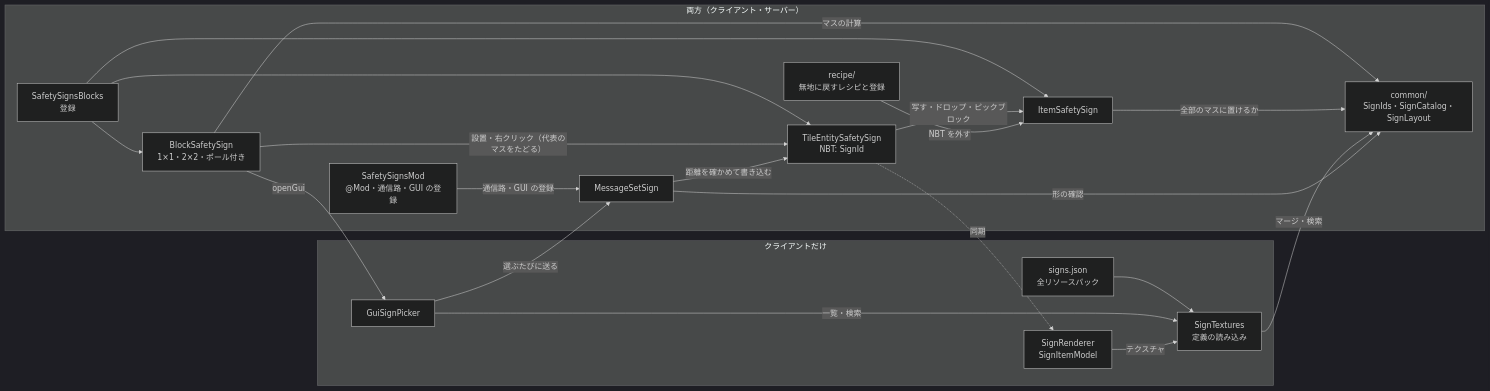
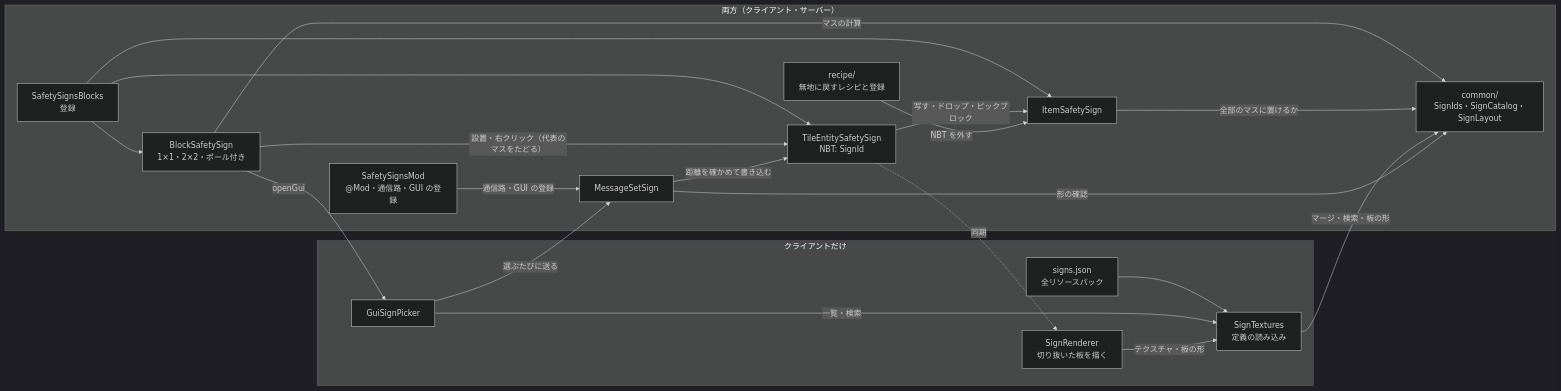
One commit to zeusisgood/safetysigns changed the first of 2 diagrams in doc/architecture.md. Above: the diagram before and after it, drawn with Mermaid (dark theme). The commit also changed other lines of this file and 38 other files, not shown here.

````diff
--- a/doc/architecture.md
+++ b/doc/architecture.md
@@ -32,37 +32,37 @@
 ```mermaid
 flowchart LR
     subgraph Both["両方（クライアント・サーバー）"]
         Mod["SafetySignsMod<br/>@Mod・通信路・GUI の登録"]
         Reg["SafetySignsBlocks<br/>登録"]
         Block["BlockSafetySign<br/>1×1・2×2・ポール付き"]
         Item["ItemSafetySign"]
         TE["TileEntitySafetySign<br/>NBT: SignId"]
         Msg["MessageSetSign"]
         Common["common/<br/>SignIds・SignCatalog・SignLayout"]
         Recipe["recipe/<br/>無地に戻すレシピと登録"]
     end
     subgraph Client["クライアントだけ"]
         Tex["SignTextures<br/>定義の読み込み"]
         Json["signs.json<br/>全リソースパック"]
-        Render["SignRenderer<br/>SignItemModel"]
+        Render["SignRenderer<br/>切り抜いた板を描く"]
         Gui["GuiSignPicker"]
     end
     Mod -- 通信路・GUI の登録 --> Msg
     Reg --> Block
     Reg --> Item
     Reg --> TE
     Block -->|"設置・右クリック（代表のマスをたどる）"| TE
     Block -- マスの計算 --> Common
     Item -- 全部のマスに置けるか --> Common
     TE -- 写す・ドロップ・ピックブロック --> Item
     Recipe -- NBT を外す --> Item
     Block -- openGui --> Gui
     Json --> Tex
-    Tex -- マージ・検索 --> Common
+    Tex -- マージ・検索・板の形 --> Common
     Gui -- 一覧・検索 --> Tex
     Gui -- 選ぶたびに送る --> Msg
     Msg -- 形の確認 --> Common
     Msg -- 距離を確かめて書き込む --> TE
     TE -. 同期 .-> Render
-    Render -- テクスチャ --> Tex
+    Render -- テクスチャ・板の形 --> Tex
 ```
````
